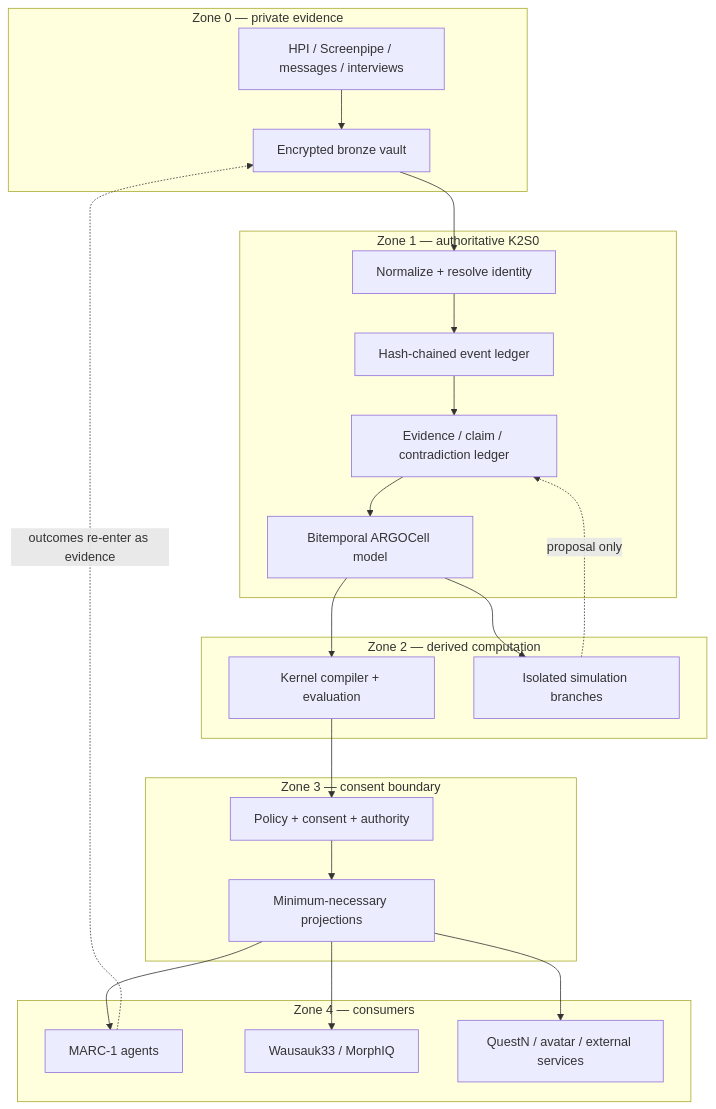
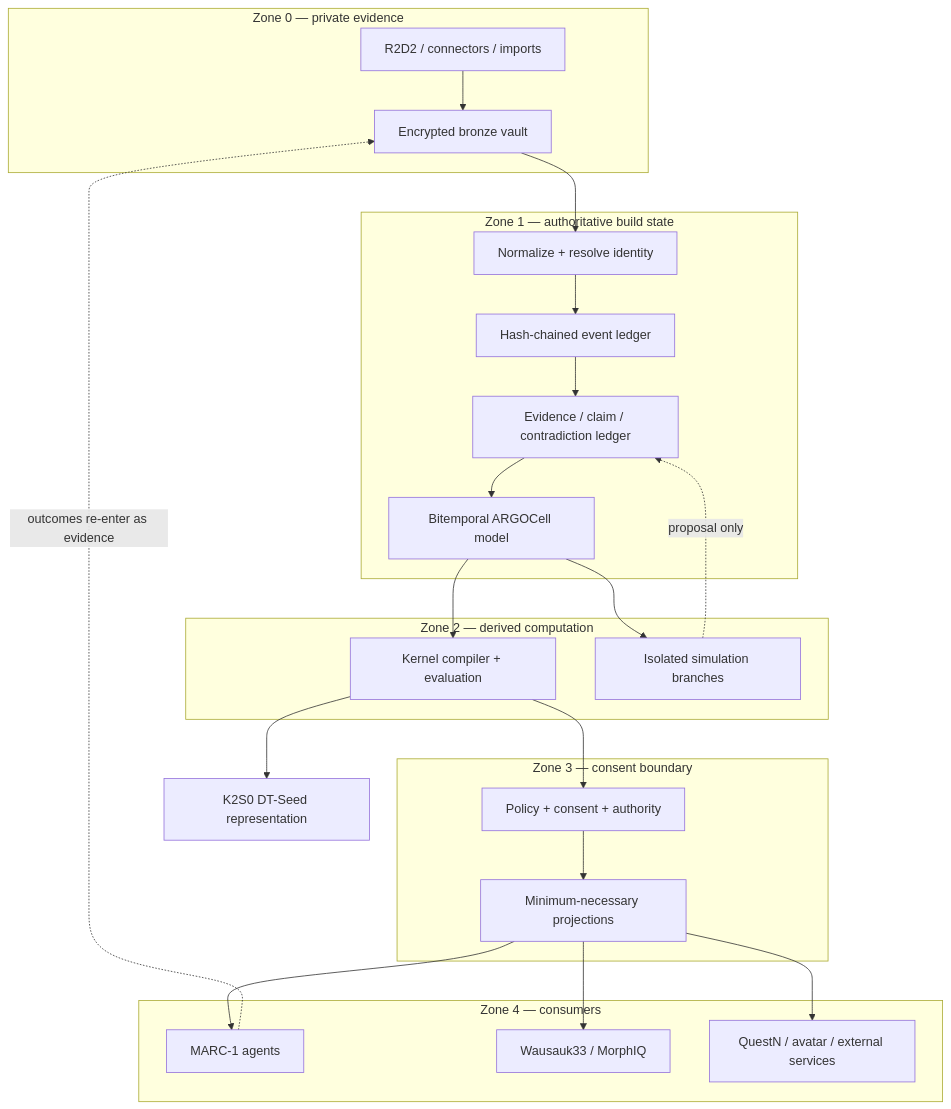
One commit to zhenrez/K2S0 changed the diagram in README.md. Above: the diagram before and after it, drawn with Mermaid. The commit also changed other lines of this file and 10 other files, not shown here.

```diff
--- a/README.md
+++ b/README.md
@@ -33,35 +41,38 @@
 ~~~mermaid
 flowchart TB
   subgraph Z0["Zone 0 — private evidence"]
-    SRC["HPI / Screenpipe / messages / interviews"]
+    SRC["R2D2 / connectors / imports"]
     BRZ["Encrypted bronze vault"]
   end
-  subgraph Z1["Zone 1 — authoritative K2S0"]
+  subgraph Z1["Zone 1 — authoritative build state"]
     ING["Normalize + resolve identity"]
     EVT["Hash-chained event ledger"]
     CLM["Evidence / claim / contradiction ledger"]
     TMP["Bitemporal ARGOCell model"]
   end
   subgraph Z2["Zone 2 — derived computation"]
     CMP["Kernel compiler + evaluation"]
     SIM["Isolated simulation branches"]
   end
   subgraph Z3["Zone 3 — consent boundary"]
     POL["Policy + consent + authority"]
     PRJ["Minimum-necessary projections"]
   end
   subgraph Z4["Zone 4 — consumers"]
     AGT["MARC-1 agents"]
     TOWN["Wausauk33 / MorphIQ"]
     UI["QuestN / avatar / external services"]
   end
 
+  SEED["K2S0 DT-Seed representation"]
+
   SRC --> BRZ --> ING --> EVT --> CLM --> TMP --> CMP
   TMP --> SIM
   CMP --> POL --> PRJ
+  CMP --> SEED
   SIM -. "proposal only" .-> CLM
   PRJ --> AGT
   PRJ --> TOWN
   PRJ --> UI
   AGT -. "outcomes re-enter as evidence" .-> BRZ
 ~~~
```
